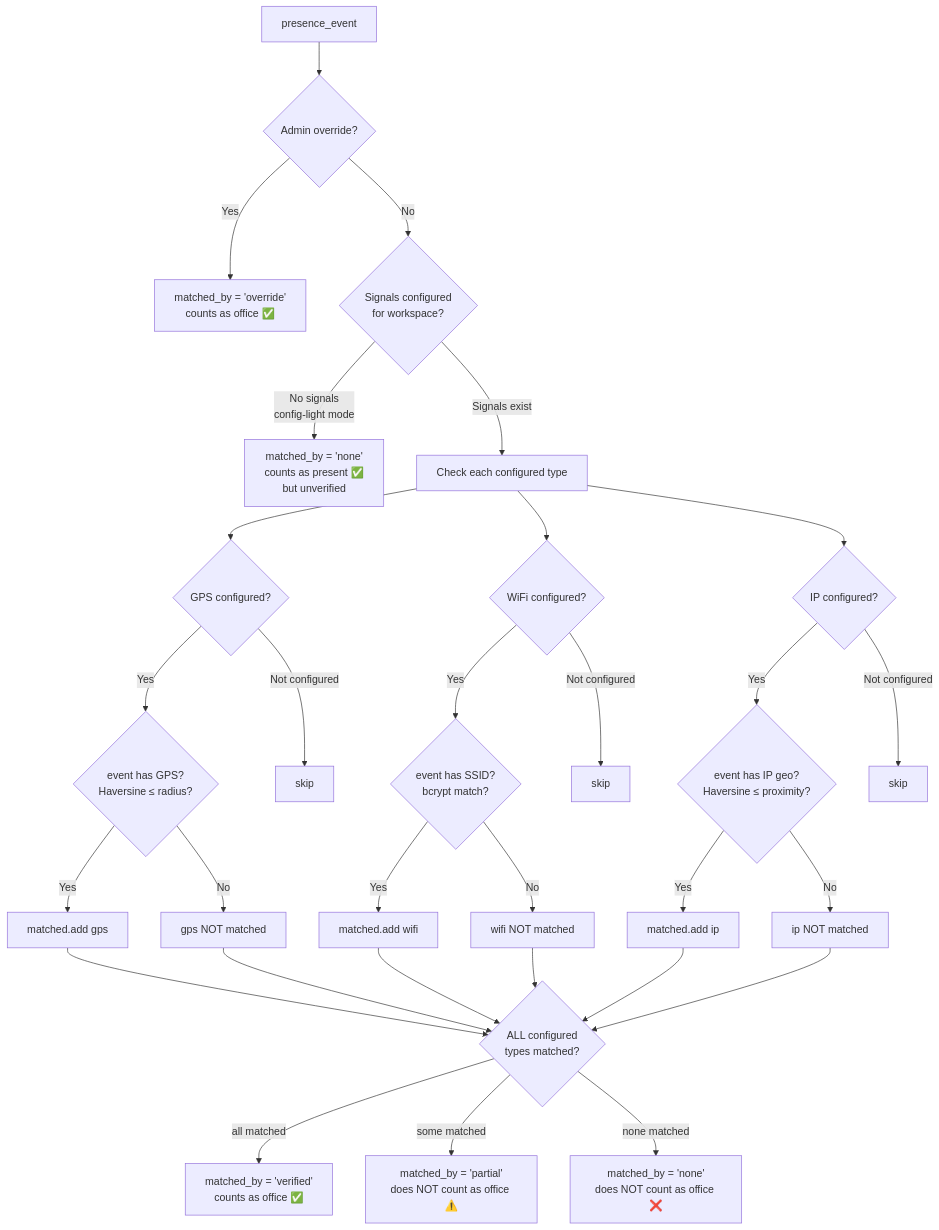
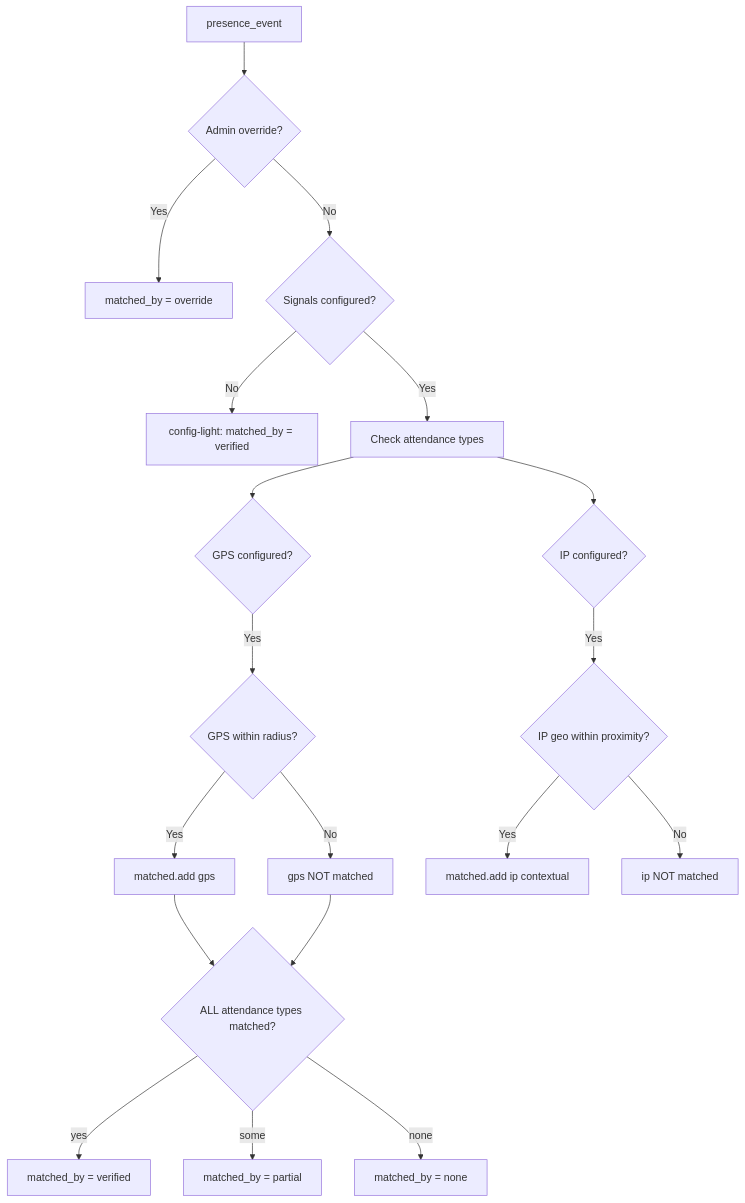
The diagram in docs/architecture/signal-matching.md (ksharmaGN/venzio), drawn with Mermaid before and after one commit. The commit also changed other lines of this file and 3 other files, not shown here.

````diff
--- a/docs/architecture/signal-matching.md
+++ b/docs/architecture/signal-matching.md
@@ -33,35 +58,26 @@
 ```mermaid
 flowchart TD
   A[presence_event] --> B{Admin override?}
-  B -->|Yes| OV[matched_by = 'override'\ncounts as office ✅]
+  B -->|Yes| OV[matched_by = override]
 
-  B -->|No| C{Signals configured\nfor workspace?}
-  C -->|No signals\nconfig-light mode| CL[matched_by = 'none'\ncounts as present ✅\nbut unverified]
+  B -->|No| C{Signals configured?}
+  C -->|No| CL[config-light: matched_by = verified]
 
-  C -->|Signals exist| D[Check each configured type]
+  C -->|Yes| D[Check attendance types]
 
   D --> G{GPS configured?}
-  G -->|Yes| H{event has GPS?\nHaversine ≤ radius?}
+  G -->|Yes| H{GPS within radius?}
   H -->|Yes| I[matched.add gps]
   H -->|No| J[gps NOT matched]
-  G -->|Not configured| K[skip]
-
-  D --> L{WiFi configured?}
-  L -->|Yes| M{event has SSID?\nbcrypt match?}
-  M -->|Yes| N[matched.add wifi]
-  M -->|No| O[wifi NOT matched]
-  L -->|Not configured| P[skip]
 
   D --> Q{IP configured?}
-  Q -->|Yes| R{event has IP geo?\nHaversine ≤ proximity?}
-  R -->|Yes| S[matched.add ip]
+  Q -->|Yes| R{IP geo within proximity?}
+  R -->|Yes| S[matched.add ip contextual]
   R -->|No| T[ip NOT matched]
-  Q -->|Not configured| U[skip]
 
-  I & N & S --> V{ALL configured\ntypes matched?}
-  J & O & T --> V
-
-  V -->|all matched| VF[matched_by = 'verified'\ncounts as office ✅]
-  V -->|some matched| PF[matched_by = 'partial'\ndoes NOT count as office ⚠️]
-  V -->|none matched| NF[matched_by = 'none'\ndoes NOT count as office ❌]
+  I --> V{ALL attendance types matched?}
+  J --> V
+  V -->|yes| VF[matched_by = verified]
+  V -->|some| PF[matched_by = partial]
+  V -->|none| NF[matched_by = none]
 ```
````
